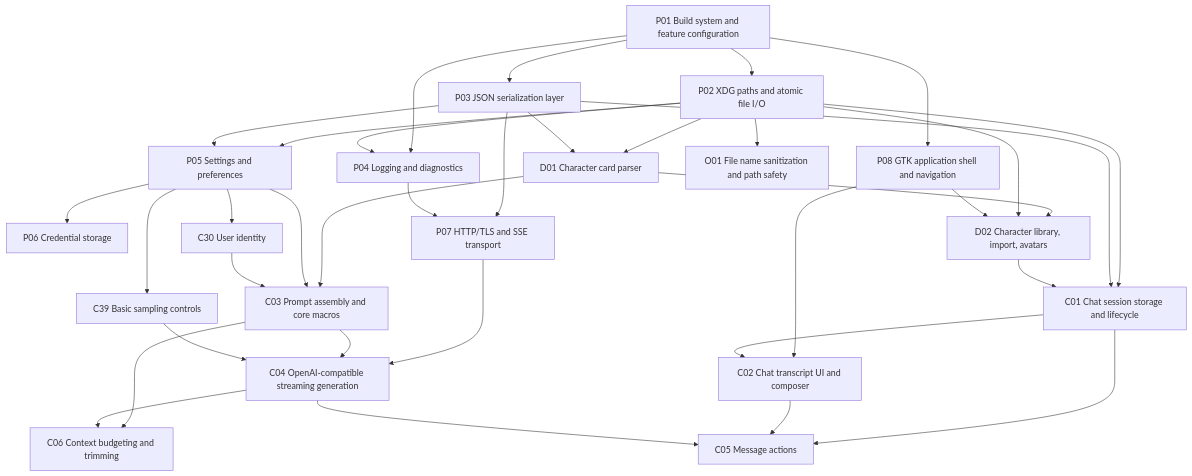
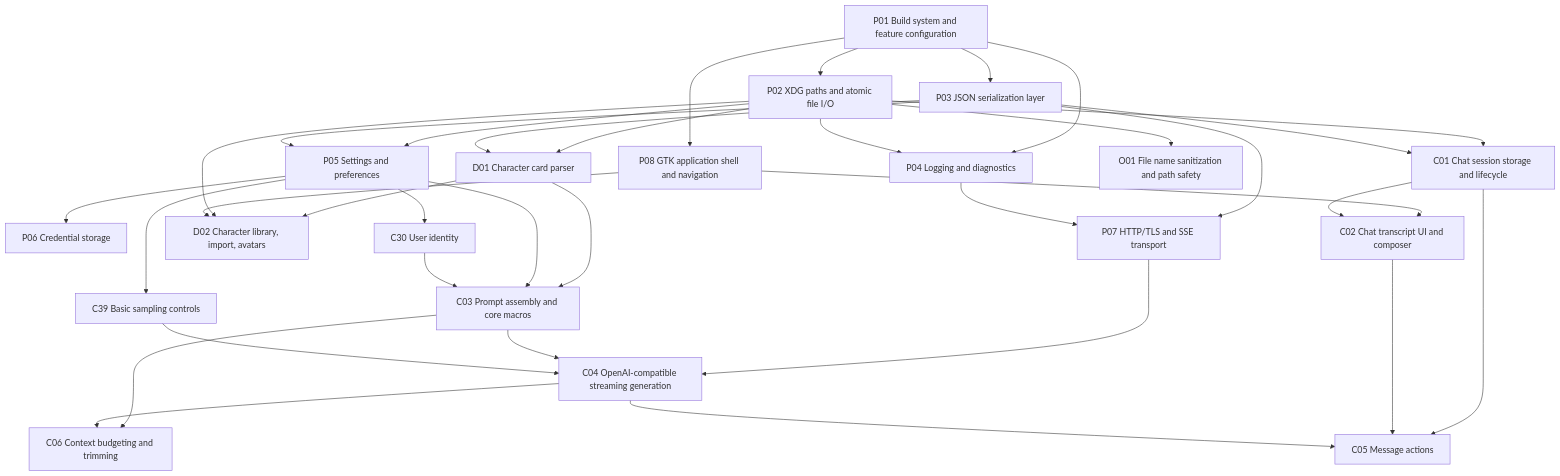
One commit to l0ophole/sillytavern-native changed the diagram in docs/FEATURES.md. Above: the diagram before and after it, drawn with Mermaid. The commit also changed other lines of this file and 6 other files, not shown here.

````diff
--- a/docs/FEATURES.md
+++ b/docs/FEATURES.md
@@ -28,56 +28,55 @@
 ```mermaid
 graph TD
     P01["P01 Build system and feature configuration"]
     P02["P02 XDG paths and atomic file I/O"]
     P03["P03 JSON serialization layer"]
     P04["P04 Logging and diagnostics"]
     P05["P05 Settings and preferences"]
     P06["P06 Credential storage"]
     P07["P07 HTTP/TLS and SSE transport"]
     P08["P08 GTK application shell and navigation"]
     D01["D01 Character card parser"]
     D02["D02 Character library, import, avatars"]
     C01["C01 Chat session storage and lifecycle"]
     C02["C02 Chat transcript UI and composer"]
     C03["C03 Prompt assembly and core macros"]
     C04["C04 OpenAI-compatible streaming generation"]
     C05["C05 Message actions"]
     C06["C06 Context budgeting and trimming"]
     C30["C30 User identity"]
     C39["C39 Basic sampling controls"]
     O01["O01 File name sanitization and path safety"]
     P01 --> P02
     P01 --> P03
     P01 --> P04
     P02 --> P04
     P02 --> P05
     P03 --> P05
     P05 --> P06
     P03 --> P07
     P04 --> P07
     P01 --> P08
     P02 --> D01
     P03 --> D01
     D01 --> D02
     P02 --> D02
     P08 --> D02
     P02 --> C01
     P03 --> C01
-    D02 --> C01
     P08 --> C02
     C01 --> C02
     D01 --> C03
     P05 --> C03
     C30 --> C03
     P07 --> C04
     C03 --> C04
     C39 --> C04
     C01 --> C05
     C02 --> C05
     C04 --> C05
     C03 --> C06
     C04 --> C06
     P05 --> C30
     P05 --> C39
     P02 --> O01
 ```
````
